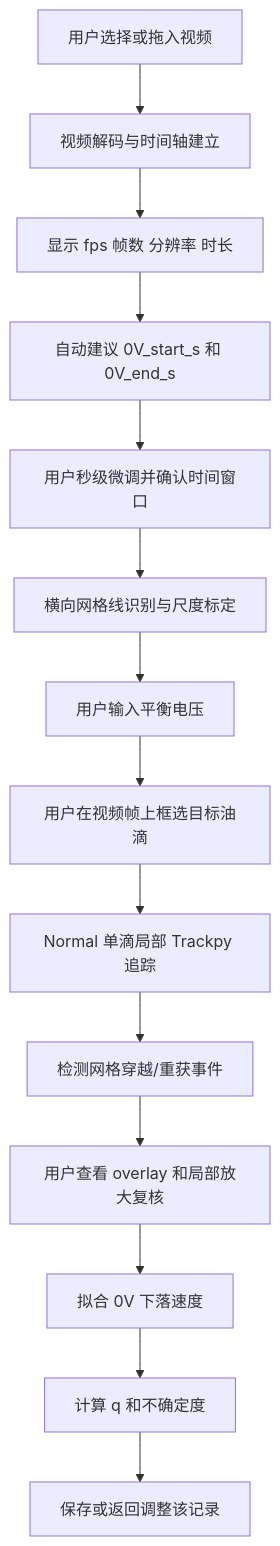
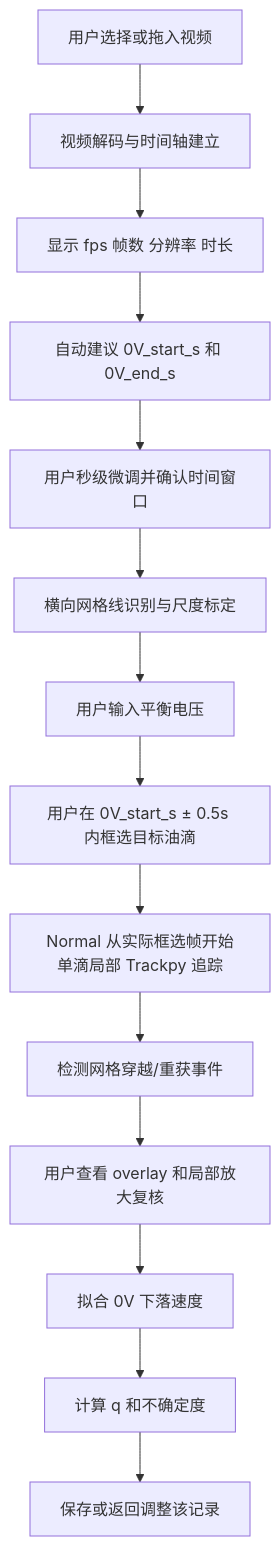
Before and after one commit to teddyli18000/AiForMillikan: the diagram in docs/视频处理_一颗油滴轨迹提取.md, drawn with Mermaid. The commit also changed other lines of this file and 15 other files, not shown here.

````diff
--- a/docs/视频处理_一颗油滴轨迹提取.md
+++ b/docs/视频处理_一颗油滴轨迹提取.md
@@ -126,16 +133,16 @@
 ```mermaid
 flowchart TD
     A[用户选择或拖入视频] --> B[视频解码与时间轴建立]
     B --> C[显示 fps 帧数 分辨率 时长]
     C --> D[自动建议 0V_start_s 和 0V_end_s]
     D --> E[用户秒级微调并确认时间窗口]
     E --> F[横向网格线识别与尺度标定]
     F --> G[用户输入平衡电压]
-    G --> H[用户在视频帧上框选目标油滴]
-    H --> I[Normal 单滴局部 Trackpy 追踪]
+    G --> H[用户在 0V_start_s ± 0.5s 内框选目标油滴]
+    H --> I[Normal 从实际框选帧开始单滴局部 Trackpy 追踪]
     I --> J[检测网格穿越/重获事件]
     J --> K[用户查看 overlay 和局部放大复核]
     K --> L[拟合 0V 下落速度]
     L --> M[计算 q 和不确定度]
     M --> N[保存或返回调整该记录]
 ```
````
